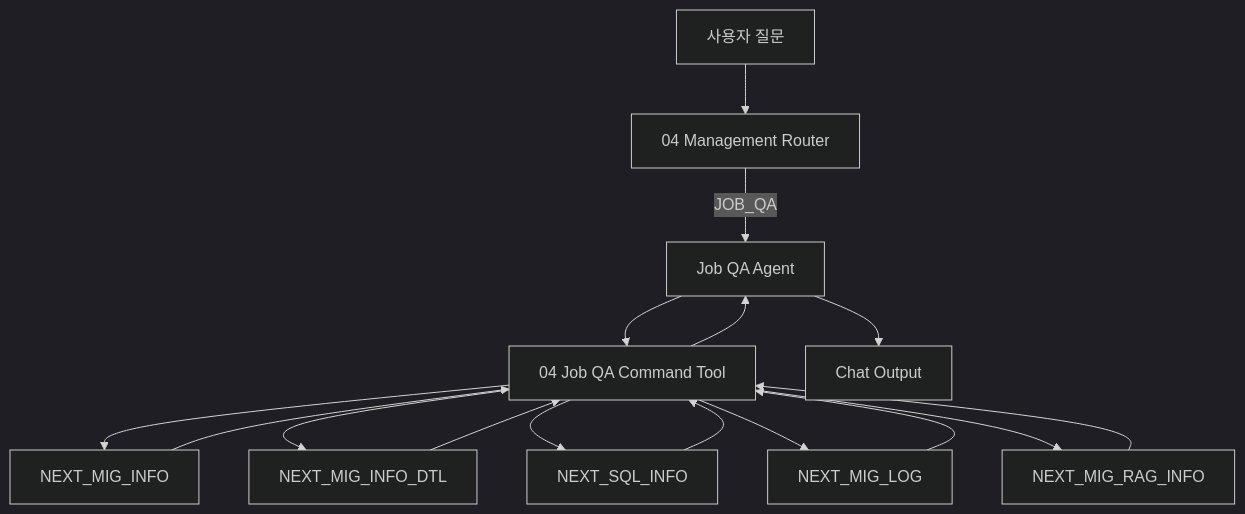
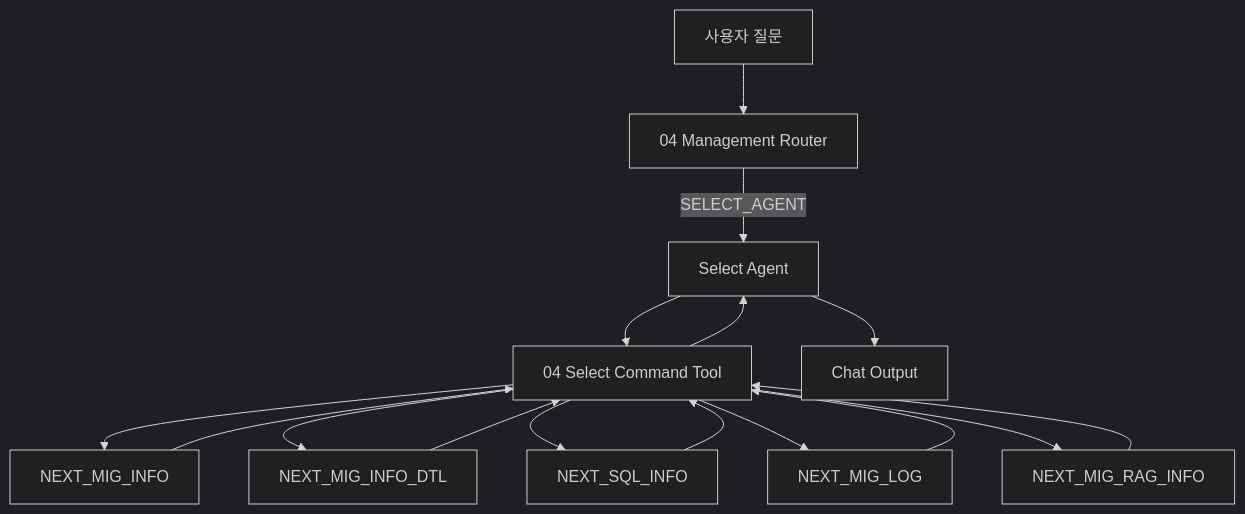
Before and after one commit to seongikjin227-jpg/refactoring_smartMigrate: the third of 3 diagrams in smartMigrate_2.0_Langflow/00_guide/00_architecture_chapter5_logging_operations.md, drawn with Mermaid (dark theme). The commit also changed other lines of this file and 14 other files, not shown here.

````diff
--- a/smartMigrate_2.0_Langflow/00_guide/00_architecture_chapter5_logging_operations.md
+++ b/smartMigrate_2.0_Langflow/00_guide/00_architecture_chapter5_logging_operations.md
@@ -69,18 +69,18 @@
 ```mermaid
 flowchart TD
     USER[사용자 질문] --> R04[04 Management Router]
-    R04 -->|JOB_QA| AGENT[Job QA Agent]
-    AGENT --> TOOL[04 Job QA Command Tool]
+    R04 -->|SELECT_AGENT| AGENT[Select Agent]
+    AGENT --> TOOL[04 Select Command Tool]
     TOOL --> MINFO[NEXT_MIG_INFO]
     TOOL --> MINFOD[NEXT_MIG_INFO_DTL]
     TOOL --> SINFO[NEXT_SQL_INFO]
     TOOL --> LOG[NEXT_MIG_LOG]
     TOOL --> RAG[NEXT_MIG_RAG_INFO]
     MINFO --> TOOL
     MINFOD --> TOOL
     SINFO --> TOOL
     LOG --> TOOL
     RAG --> TOOL
     TOOL --> AGENT
     AGENT --> OUT[Chat Output]
 ```
````
